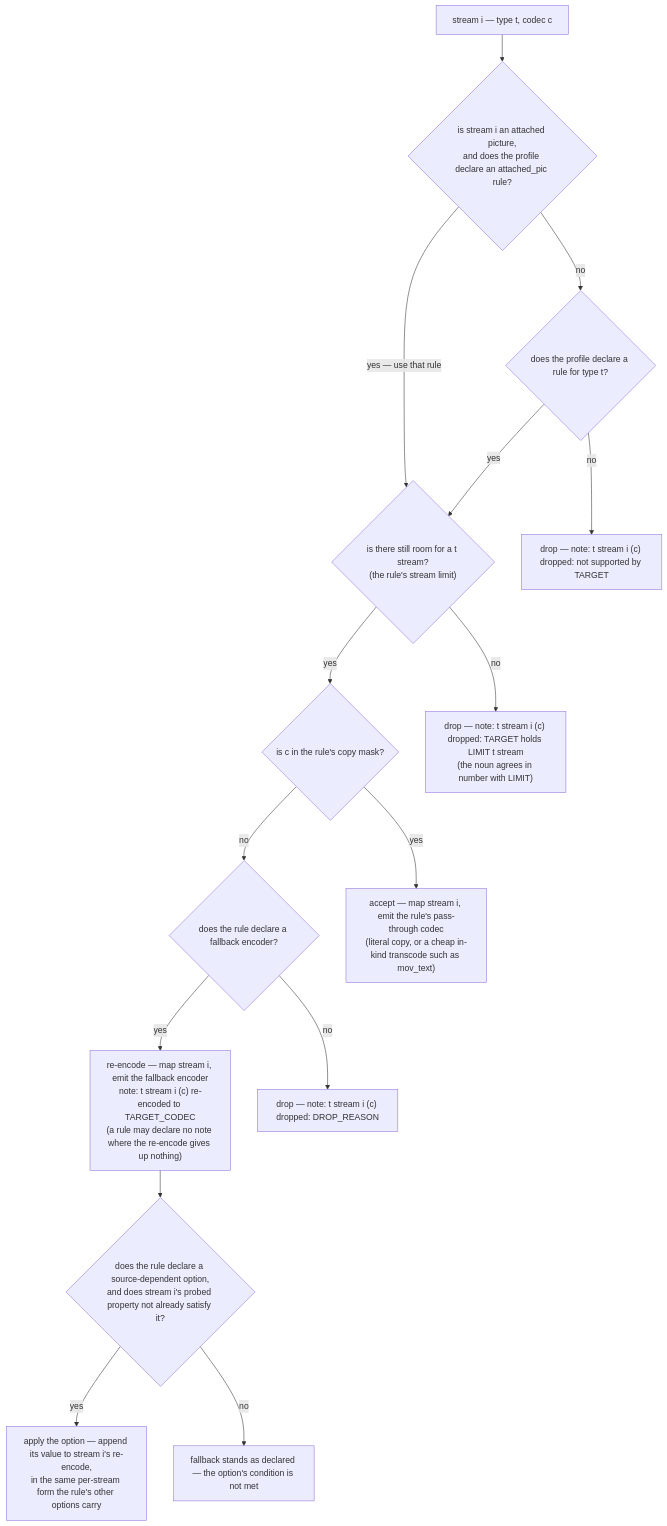
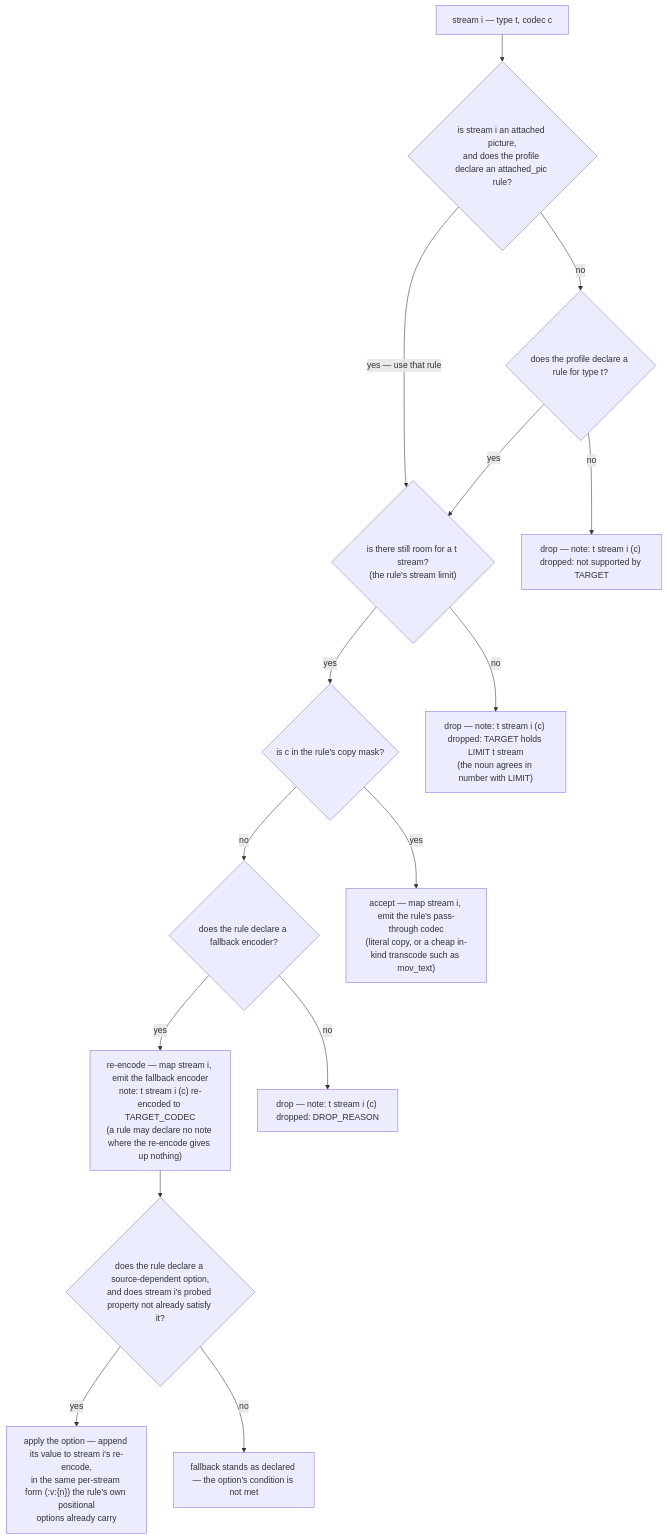
Before and after one commit to bhemsen/converter: the diagram in docs/design/stream-decision.md, drawn with Mermaid. The commit also changed other lines of this file and 3 other files, not shown here.

````diff
--- a/docs/design/stream-decision.md
+++ b/docs/design/stream-decision.md
@@ -22,32 +22,32 @@
 ```mermaid
 flowchart TD
     S["stream i — type t, codec c"]
     PIC{"is stream i an attached picture,<br/>and does the profile declare an attached_pic rule?"}
     T{"does the profile declare a rule for type t?"}
     ROOM{"is there still room for a t stream?<br/>(the rule's stream limit)"}
     MASK{"is c in the rule's copy mask?"}
     ENC{"does the rule declare a fallback encoder?"}
     COPY["accept — map stream i, emit the rule's pass-through codec<br/>(literal copy, or a cheap in-kind transcode such as mov_text)"]
     REENC["re-encode — map stream i, emit the fallback encoder<br/>note: t stream i (c) re-encoded to TARGET_CODEC<br/>(a rule may declare no note where the re-encode gives up nothing)"]
     OPT{"does the rule declare a source-dependent option,<br/>and does stream i's probed property not already satisfy it?"}
-    OVERRIDE["apply the option — append its value to stream i's re-encode,<br/>in the same per-stream form the rule's other options carry"]
+    OVERRIDE["apply the option — append its value to stream i's re-encode,<br/>in the same per-stream form (:v:{n}) the rule's own positional<br/>options already carry"]
     STAND["fallback stands as declared — the option's condition is not met"]
     D1["drop — note: t stream i (c) dropped: not supported by TARGET"]
     D2["drop — note: t stream i (c) dropped: TARGET holds LIMIT t stream<br/>(the noun agrees in number with LIMIT)"]
     D3["drop — note: t stream i (c) dropped: DROP_REASON"]
 
     S --> PIC
     PIC -->|"yes — use that rule"| ROOM
     PIC -->|"no"| T
     T -->|"no"| D1
     T -->|"yes"| ROOM
     ROOM -->|"no"| D2
     ROOM -->|"yes"| MASK
     MASK -->|"yes"| COPY
     MASK -->|"no"| ENC
     ENC -->|"yes"| REENC
     ENC -->|"no"| D3
     REENC --> OPT
     OPT -->|"yes"| OVERRIDE
     OPT -->|"no"| STAND
 ```
````
